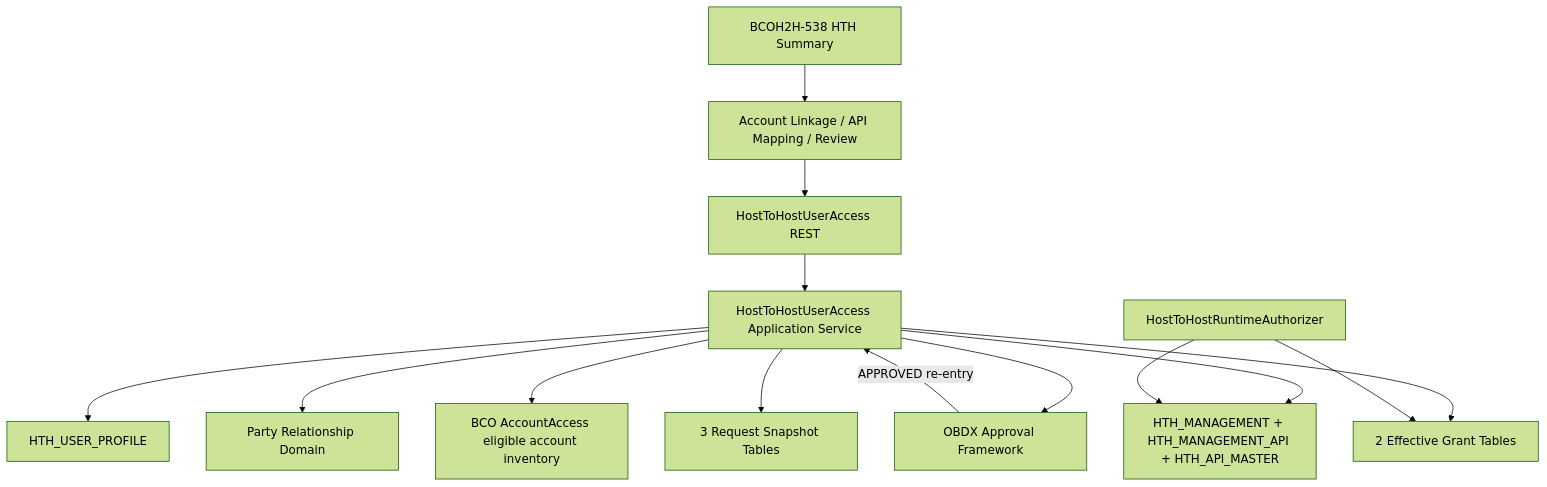
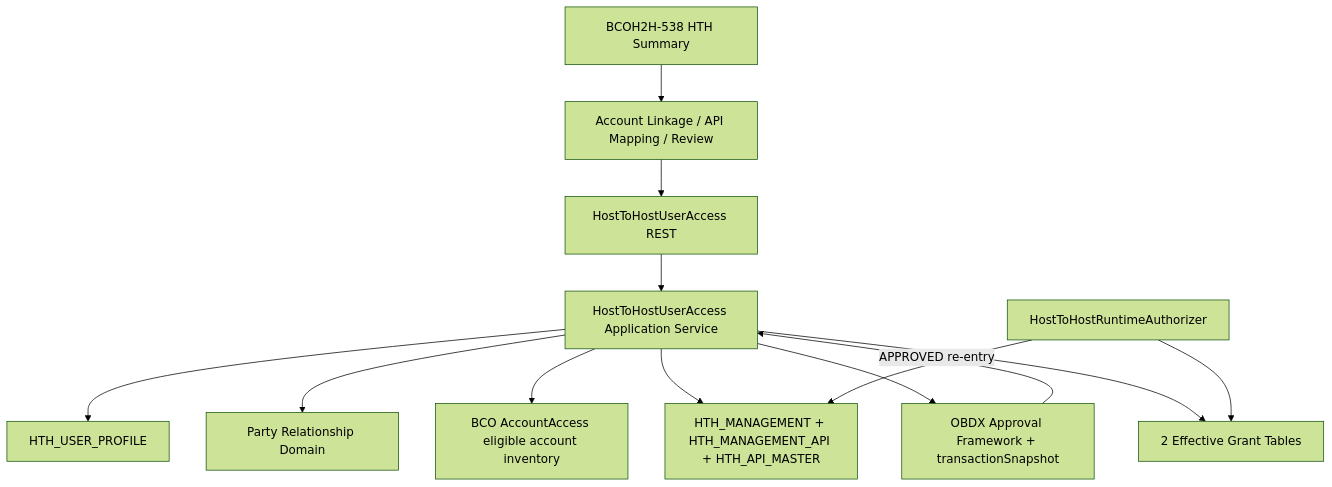
The first of 3 diagrams in story/User Accounts & Services Access/BCOH2H-595-TECHNICAL-DESIGN.md (BEA-WilliamWu/mcdp-h5-demo-int), drawn with Mermaid (forest theme) before and after one commit. The commit also changed other lines of this file and 7 other files, not shown here.

````diff
--- a/story/User Accounts & Services Access/BCOH2H-595-TECHNICAL-DESIGN.md
+++ b/story/User Accounts & Services Access/BCOH2H-595-TECHNICAL-DESIGN.md
@@ -39,16 +39,15 @@
 ```mermaid
 flowchart TB
     SUMMARY["BCOH2H-538 HTH Summary"] --> UI["Account Linkage / API Mapping / Review"]
     UI --> REST["HostToHostUserAccess REST"]
     REST --> SERVICE["HostToHostUserAccess Application Service"]
     SERVICE --> PROFILE["HTH_USER_PROFILE"]
     SERVICE --> REL["Party Relationship Domain"]
     SERVICE --> PORTFOLIO["BCO AccountAccess eligible account inventory"]
     SERVICE --> CATALOG["HTH_MANAGEMENT + HTH_MANAGEMENT_API + HTH_API_MASTER"]
-    SERVICE --> APPROVAL["OBDX Approval Framework"]
-    SERVICE --> REQUEST["3 Request Snapshot Tables"]
+    SERVICE --> APPROVAL["OBDX Approval Framework + transactionSnapshot"]
     APPROVAL -->|APPROVED re-entry| SERVICE
     SERVICE --> EFFECTIVE["2 Effective Grant Tables"]
     AUTH["HostToHostRuntimeAuthorizer"] --> EFFECTIVE
     AUTH --> CATALOG
 ```
````
